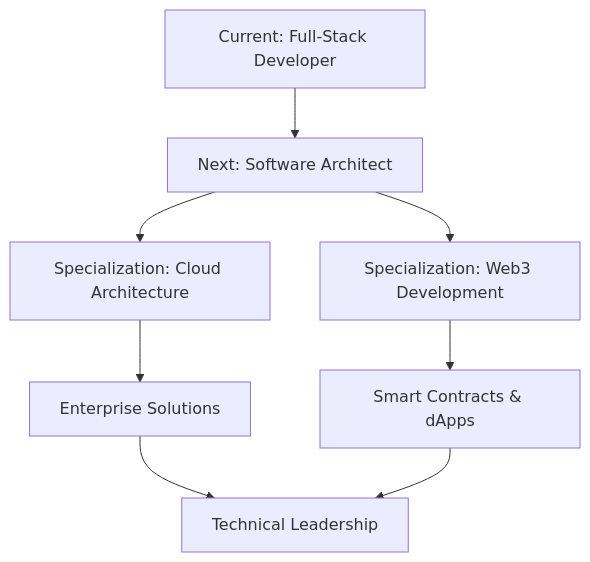
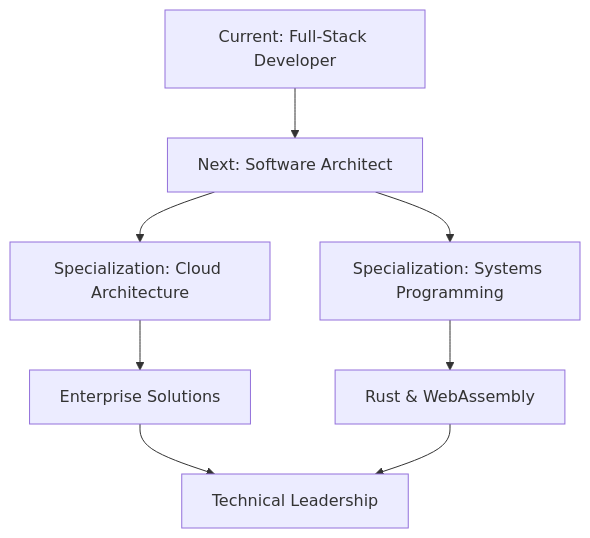
The diagram in README.md (comlyboy/comlyboy), drawn with Mermaid before and after one commit. The commit also changed other lines of this file, not shown here.

Commit message:
added rust to doc

````diff
--- a/README.md
+++ b/README.md
@@ -149,10 +151,10 @@
 ```mermaid
 graph TD
     A[Current: Full-Stack Developer] --> B[Next: Software Architect]
     B --> C[Specialization: Cloud Architecture]
-    B --> D[Specialization: Web3 Development]
-    D --> E[Smart Contracts & dApps]
+    B --> D[Specialization: Systems Programming]
+    D --> E[Rust & WebAssembly]
     C --> F[Enterprise Solutions]
     F --> G[Technical Leadership]
     E --> G
 ```
````
